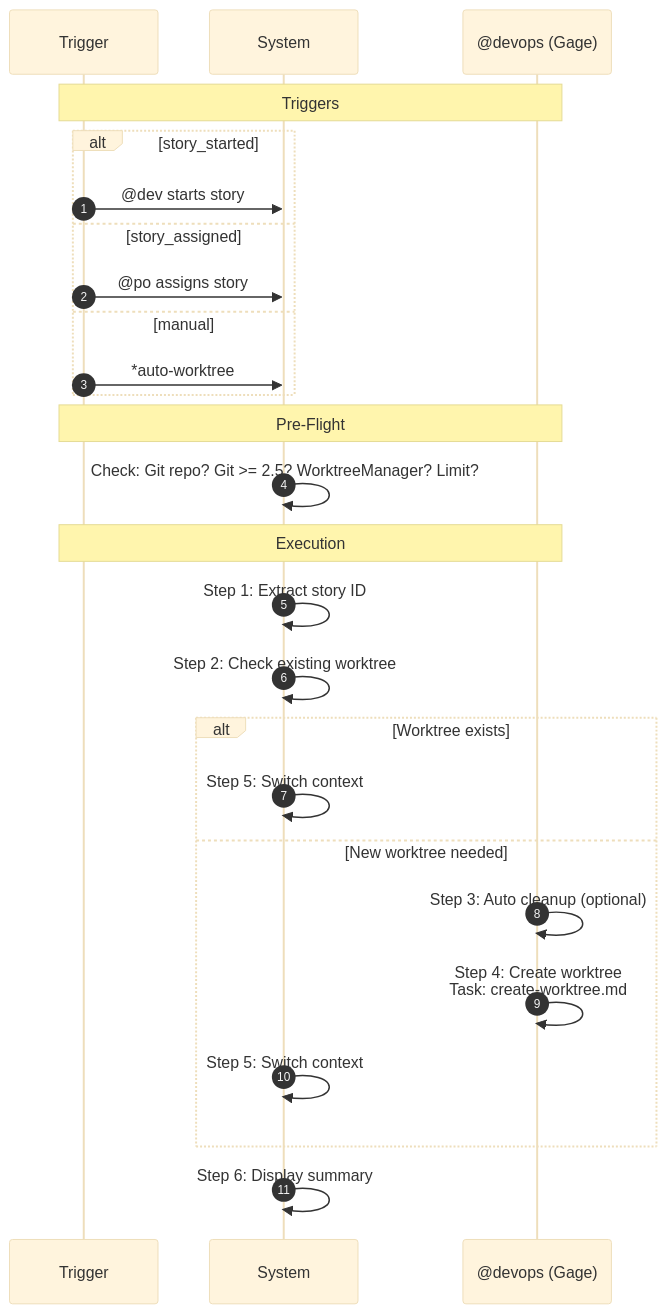
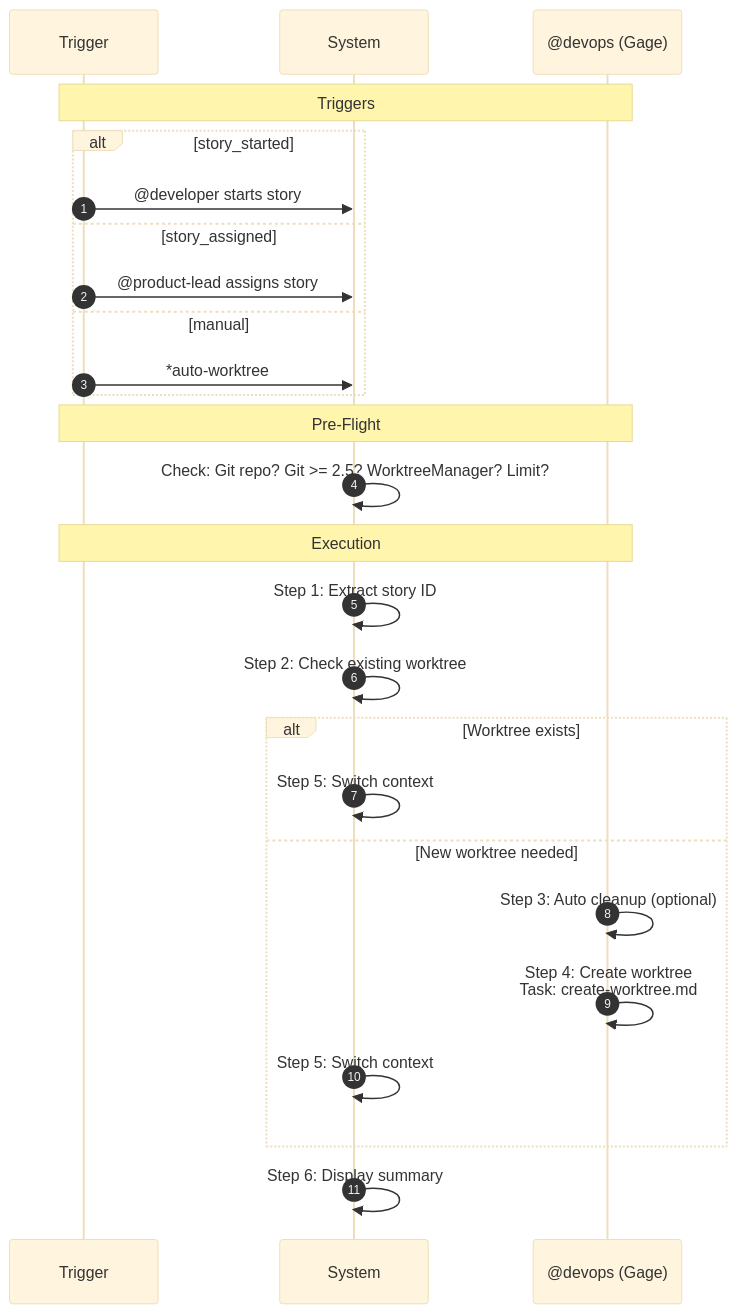
One commit to caioimori/sinapse-ai changed diagram 19 of 20 in docs/guides/workflows/WORKFLOW-TASK-AGENT-ANALYSIS.md. Above: the diagram before and after it, drawn with Mermaid (base theme). The commit also changed other lines of this file and 873 other files, not shown here.

````diff
--- a/docs/guides/workflows/WORKFLOW-TASK-AGENT-ANALYSIS.md
+++ b/docs/guides/workflows/WORKFLOW-TASK-AGENT-ANALYSIS.md
@@ -927,31 +927,31 @@
 ```mermaid
 sequenceDiagram
     autonumber
     participant TRIGGER as Trigger
     participant SYS as System
     participant DEVOPS as @devops (Gage)
 
     Note over TRIGGER,DEVOPS: Triggers
     alt story_started
-        TRIGGER->>SYS: @dev starts story
+        TRIGGER->>SYS: @developer starts story
     else story_assigned
-        TRIGGER->>SYS: @po assigns story
+        TRIGGER->>SYS: @product-lead assigns story
     else manual
         TRIGGER->>SYS: *auto-worktree
     end
 
     Note over TRIGGER,DEVOPS: Pre-Flight
     SYS->>SYS: Check: Git repo? Git >= 2.5? WorktreeManager? Limit?
 
     Note over TRIGGER,DEVOPS: Execution
     SYS->>SYS: Step 1: Extract story ID
     SYS->>SYS: Step 2: Check existing worktree
     alt Worktree exists
         SYS->>SYS: Step 5: Switch context
     else New worktree needed
         DEVOPS->>DEVOPS: Step 3: Auto cleanup (optional)
         DEVOPS->>DEVOPS: Step 4: Create worktree<br/>Task: create-worktree.md
         SYS->>SYS: Step 5: Switch context
     end
     SYS->>SYS: Step 6: Display summary
 ```
````
